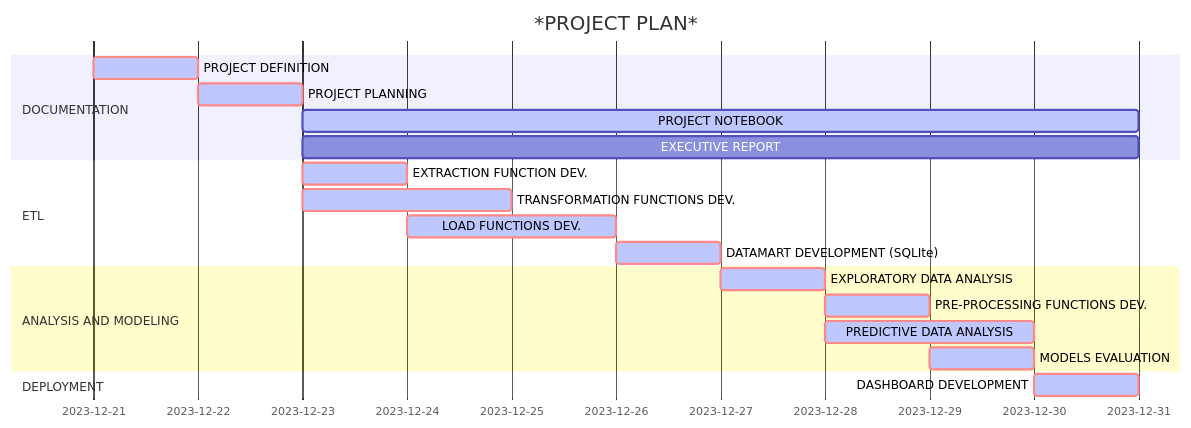
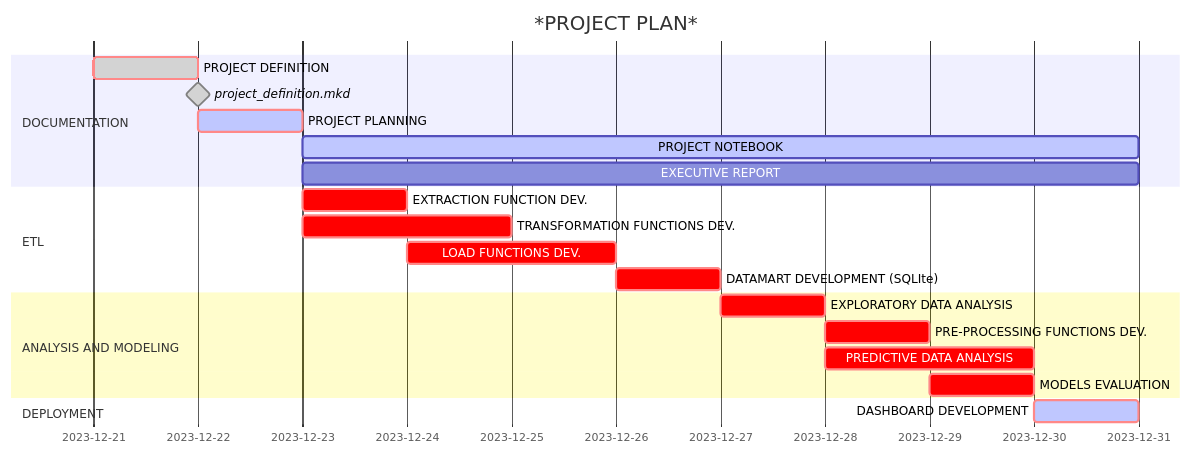
One commit to zapallo-droid-ca/2023_WDI_ts_GDP_forecasting changed the diagram in docs/project_planning.mkd. Above: the diagram before and after it, drawn with Mermaid.

````diff
--- a/docs/project_planning.mkd
+++ b/docs/project_planning.mkd
@@ -42,27 +42,28 @@
 ```mermaid renderAs=mermaid
 gantt
        dateFormat  YYYY-MM-DD
        title *PROJECT PLAN*
 
        section DOCUMENTATION
-       PROJECT DEFINITION            :crit, active, des01, 2023-12-21 , 1d
+       PROJECT DEFINITION            :crit, done, des01, 2023-12-21 , 1d
+	   project_definition.mkd        :milestone, done, after des01, 0d
        PROJECT PLANNING              :crit, active, des02, after des01, 1d
        PROJECT NOTEBOOK              :      active, des03, after des02, 2023-12-31
        EXECUTIVE REPORT              :              des04, after des02, 2023-12-31
 
        section ETL
-       EXTRACTION FUNCTION DEV. 	 :crit, active, des05, after des02, 1d
-       TRANSFORMATION FUNCTIONS DEV. :crit, active, des06, after des02, 2d
-	   LOAD FUNCTIONS DEV.			 :crit, active, des07, after des05, 2d
-	   DATAMART DEVELOPMENT (SQLIte) :crit, active, des08, after des07, 1d
+       EXTRACTION FUNCTION DEV. 	 :crit,  des05, after des02, 1d
+       TRANSFORMATION FUNCTIONS DEV. :crit,  des06, after des02, 2d
+	   LOAD FUNCTIONS DEV.			 :crit,  des07, after des05, 2d
+	   DATAMART DEVELOPMENT (SQLIte) :crit,  des08, after des07, 1d
 
        section ANALYSIS AND MODELING
-       EXPLORATORY DATA ANALYSIS     :crit, active, des09, after des08, 1d
-	   PRE-PROCESSING FUNCTIONS DEV. :crit, active, des10, after des09, 1d
-	   PREDICTIVE DATA ANALYSIS      :crit, active, des11, after des09, 2d
-	   MODELS EVALUATION             :crit, active, des12, after des10, 1d
+       EXPLORATORY DATA ANALYSIS     :crit,  des09, after des08, 1d
+	   PRE-PROCESSING FUNCTIONS DEV. :crit,  des10, after des09, 1d
+	   PREDICTIVE DATA ANALYSIS      :crit,  des11, after des09, 2d
+	   MODELS EVALUATION             :crit,  des12, after des10, 1d
 	   
 	   section DEPLOYMENT
        DASHBOARD DEVELOPMENT         :crit, active, des13, after des12, 1d
 	   
 ```
````
